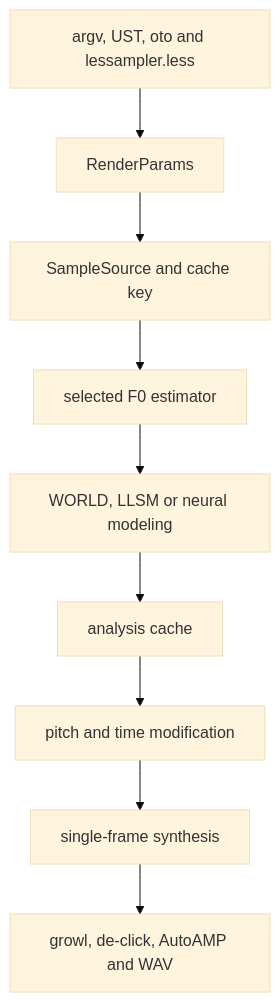
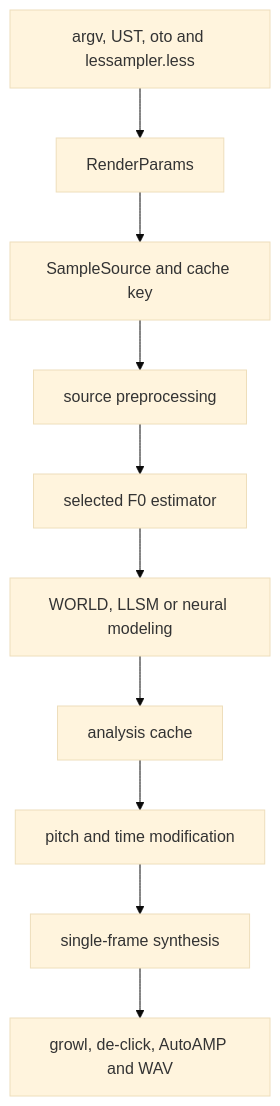
The diagram in docs/src/content/docs/processing/index.md (YuzukiTsuru/lessampler), drawn with Mermaid (base theme) before and after one commit. The commit also changed other lines of this file and 11 other files, not shown here.

Commit message:
docs: document source preprocessing

````diff
--- a/docs/src/content/docs/processing/index.md
+++ b/docs/src/content/docs/processing/index.md
@@ -8,11 +8,12 @@
 ```mermaid
 flowchart TD
     A["argv, UST, oto and lessampler.less"] --> B["RenderParams"]
     B --> C["SampleSource and cache key"]
-    C --> D["selected F0 estimator"]
+    C --> P["source preprocessing"]
+    P --> D["selected F0 estimator"]
     D --> E["WORLD, LLSM or neural modeling"]
     E --> F["analysis cache"]
     F --> G["pitch and time modification"]
     G --> H["single-frame synthesis"]
     H --> I["growl, de-click, AutoAMP and WAV"]
 ```
````
